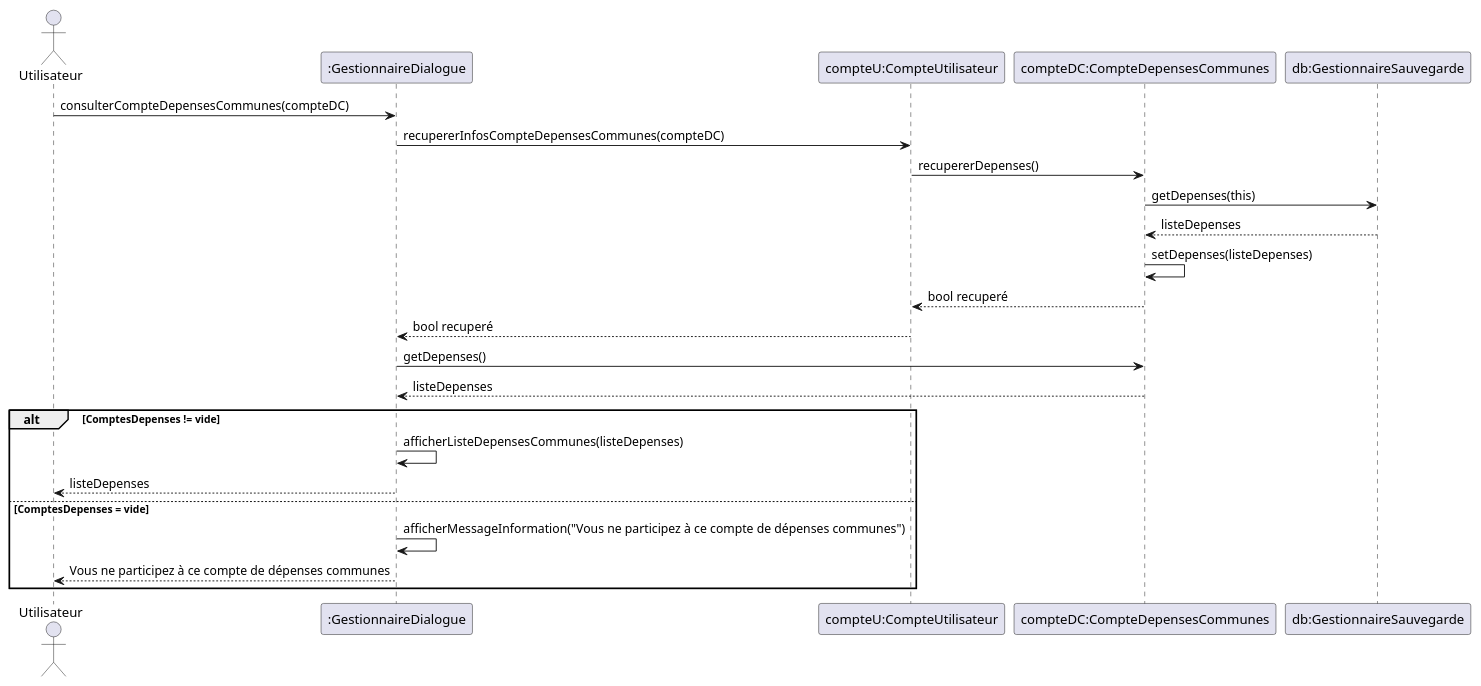
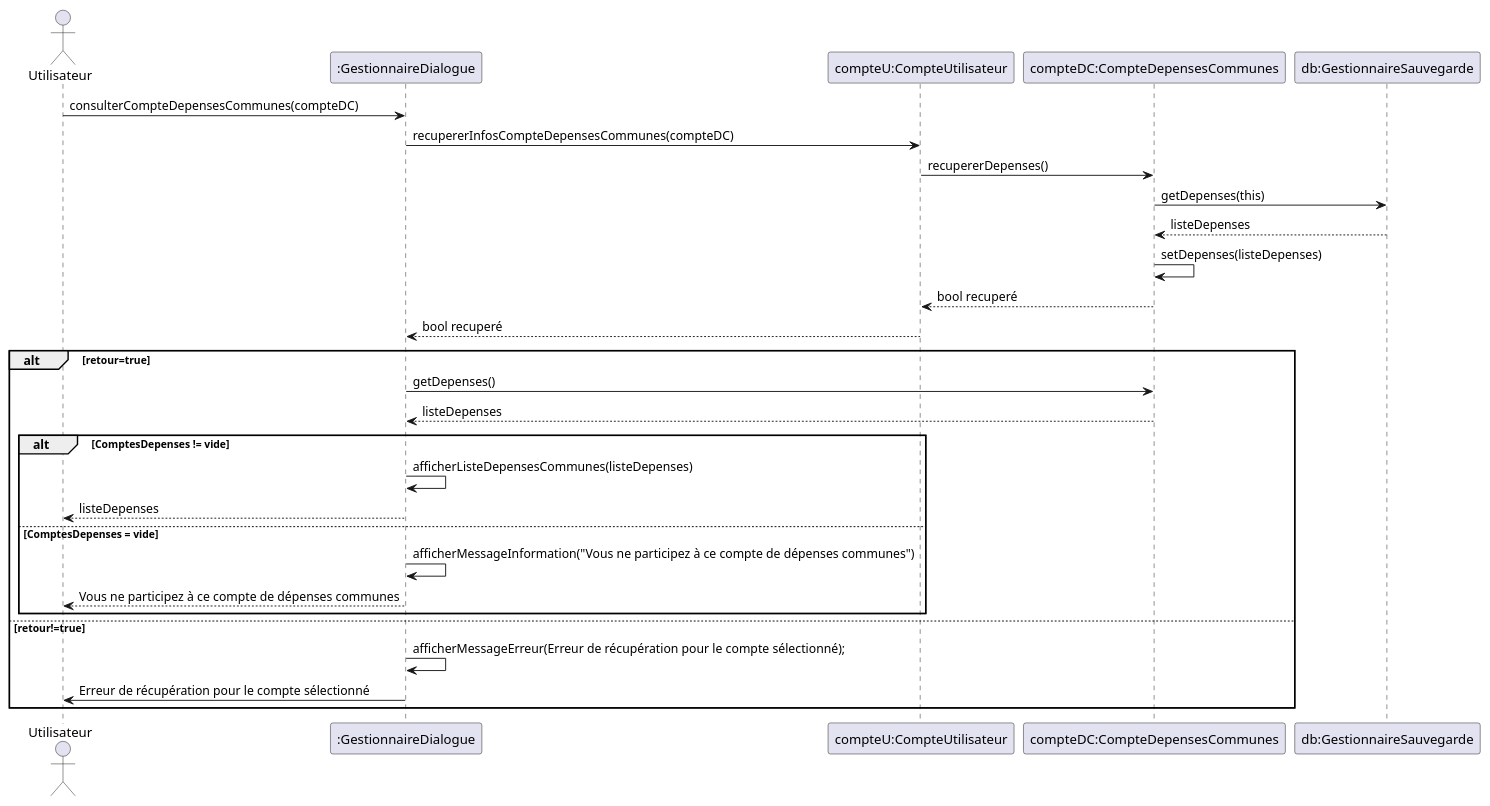
The diagram in diagrammes/conception/consulter-compte-depenses.puml (lmtb06/sharecount), drawn with PlantUML before and after one commit. The commit also changed 5 other files, not shown here.

```diff
--- a/diagrammes/conception/consulter-compte-depenses.puml
+++ b/diagrammes/conception/consulter-compte-depenses.puml
@@ -1,27 +1,32 @@
 @startuml  Consulter un compte de dépenses
 
 actor "Utilisateur" as us
 participant ":GestionnaireDialogue" as gd
 participant "compteU:CompteUtilisateur" as cu
 participant "compteDC:CompteDepensesCommunes" as cd
 participant "db:GestionnaireSauvegarde" as gs
 
 us 	-> 	gd 	: consulterCompteDepensesCommunes(compteDC)
 gd 	-> 	cu 	: recupererInfosCompteDepensesCommunes(compteDC)
 cu 	-> cd 	: recupererDepenses()
 cd 	->	gs 	: getDepenses(this)
 gs 	--> cd 	: listeDepenses
 cd 	-> 	cd 	: setDepenses(listeDepenses)
 cd 	--> cu 	: bool recuperé
 cu 	--> gd 	: bool recuperé
+alt retour=true
 ' TODO Verifier que la récupération a marché avant de continuer
 gd 	-> 	cd 	: getDepenses()
 cd 	--> gd 	: listeDepenses
 alt ComptesDepenses != vide
 gd 	->	gd 	: afficherListeDepensesCommunes(listeDepenses)
 gd 	-->	us 	: listeDepenses
 else ComptesDepenses = vide
 gd 	-> 	gd  : afficherMessageInformation("Vous ne participez à ce compte de dépenses communes")
 gd 	-->	us 	: Vous ne participez à ce compte de dépenses communes
 end
+else retour!=true
+gd -> gd : afficherMessageErreur(Erreur de récupération pour le compte sélectionné);
+gd -> us : Erreur de récupération pour le compte sélectionné
+end
 @enduml
```
